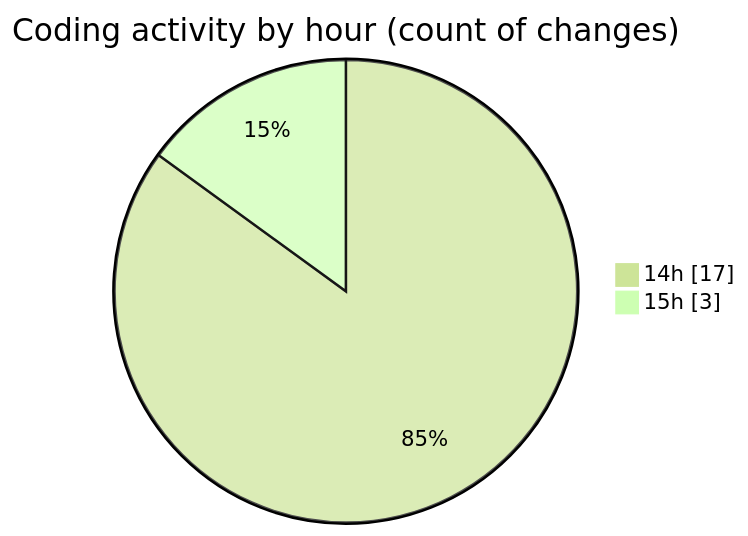
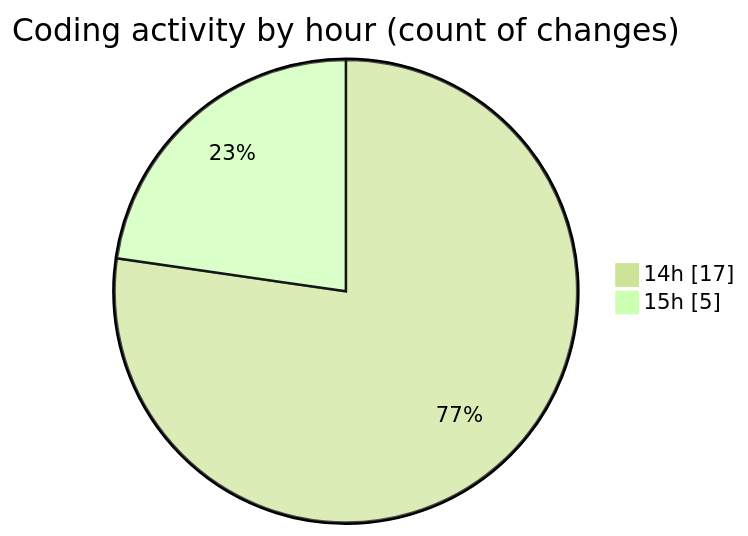
Before and after one commit to donsfak/code-tracking: the second of 2 diagrams in 2025-04-10/trackers_app/README.md, drawn with Mermaid (forest theme). The commit also changed other lines of this file and 1 other file, not shown here.

````diff
--- a/2025-04-10/trackers_app/README.md
+++ b/2025-04-10/trackers_app/README.md
@@ -34,6 +35,6 @@
 ```mermaid
 pie showData
 title Coding activity by hour (count of changes)
 "14h" : 17
-"15h" : 3
+"15h" : 5
 ```
````
